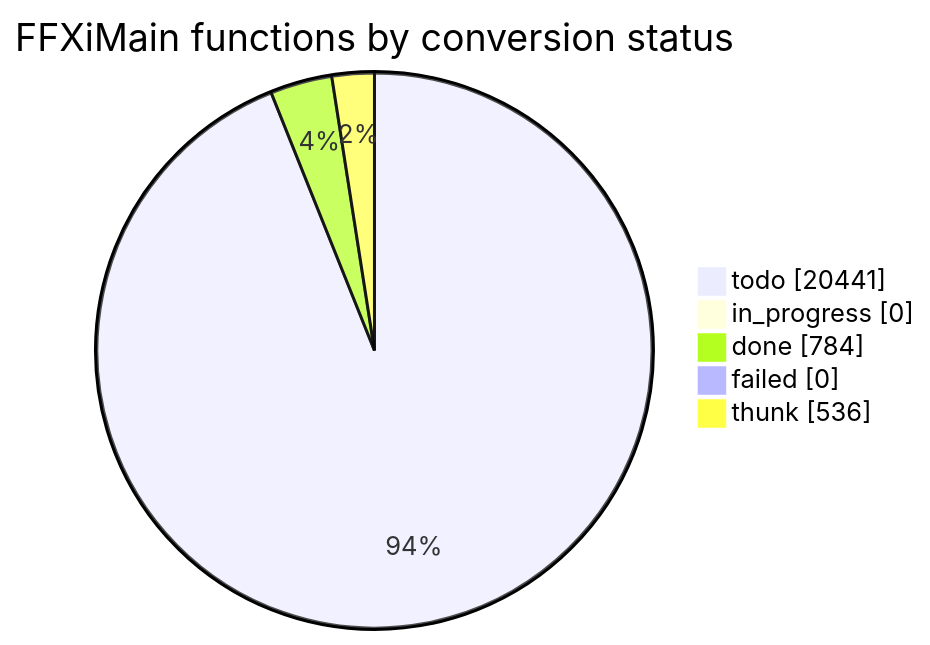
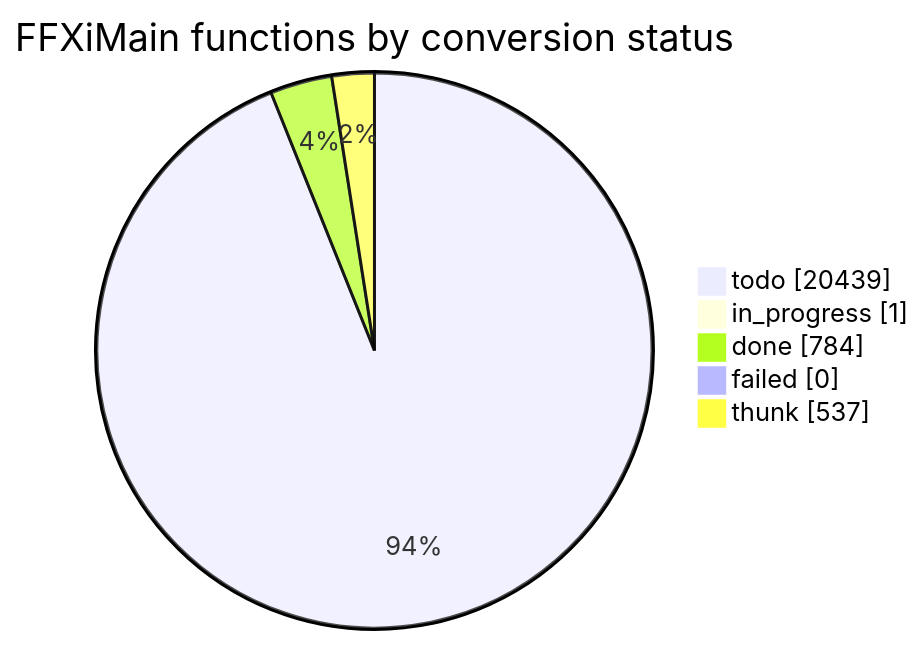
One commit to cowrevenge/cow_kuluu_xi_anything changed the diagram in docs/cow/STATUS.md. Above: the diagram before and after it, drawn with Mermaid. The commit also changed other lines of this file and 15 other files, not shown here.

````diff
--- a/docs/cow/STATUS.md
+++ b/docs/cow/STATUS.md
@@ -18,9 +18,9 @@
 ```mermaid
 pie showData
     title FFXiMain functions by conversion status
-    "todo" : 20441
-    "in_progress" : 0
+    "todo" : 20439
+    "in_progress" : 1
     "done" : 784
     "failed" : 0
-    "thunk" : 536
+    "thunk" : 537
 ```
````
